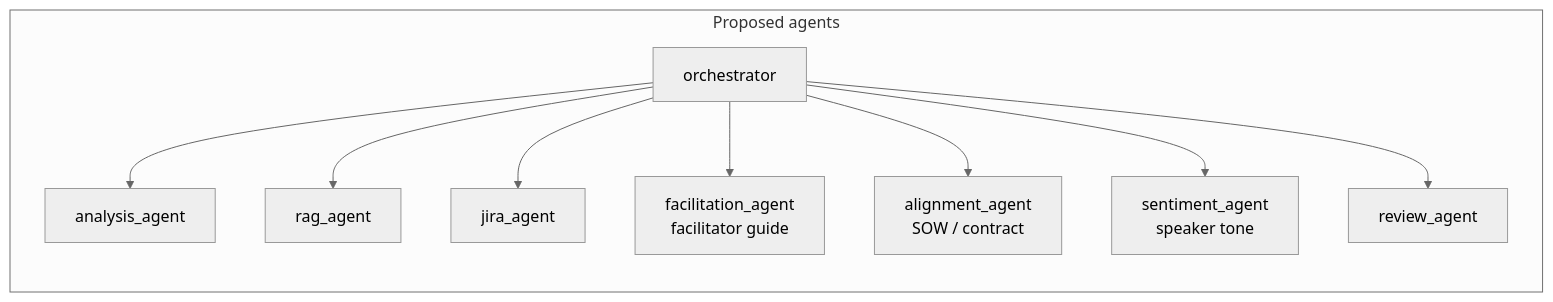
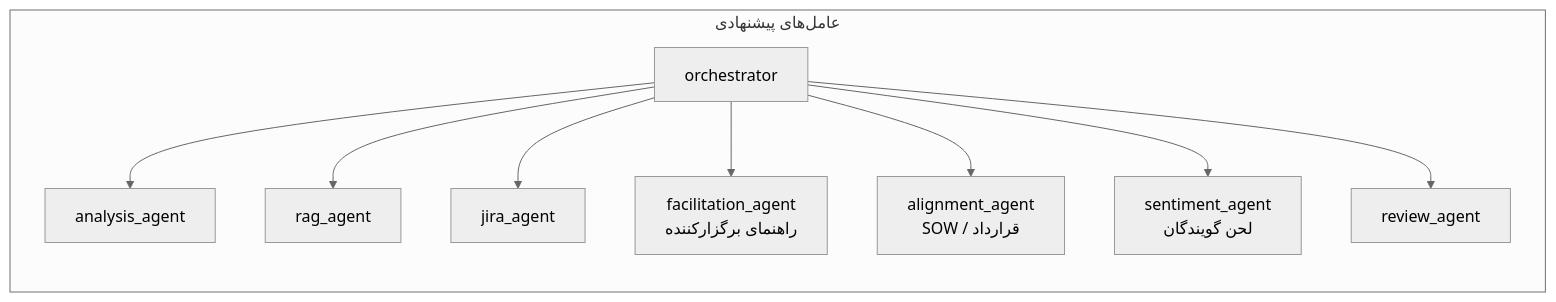
Before and after one commit to Rvin-zh/meeting-assistant: the diagram in docs/diagrams/03-roadmap-and-future-work-1.mmd, drawn with Mermaid (neutral theme). The commit also changed 35 other files, not shown here.

```diff
--- a/docs/diagrams/03-roadmap-and-future-work-1.mmd
+++ b/docs/diagrams/03-roadmap-and-future-work-1.mmd
@@ -1,12 +1,12 @@
 flowchart LR
-    subgraph agents ["Proposed agents"]
+    subgraph agents ["عامل‌های پیشنهادی"]
         A1["analysis_agent"]
         A2["rag_agent"]
         A3["jira_agent"]
-        A4["facilitation_agent<br/>facilitator guide"]
-        A5["alignment_agent<br/>SOW / contract"]
-        A6["sentiment_agent<br/>speaker tone"]
+        A4["facilitation_agent<br/>راهنمای برگزارکننده"]
+        A5["alignment_agent<br/>SOW / قرارداد"]
+        A6["sentiment_agent<br/>لحن گویندگان"]
         A7["review_agent"]
         O["orchestrator"]
     end
     O --> A1 & A2 & A3 & A4 & A5 & A6 & A7
```
